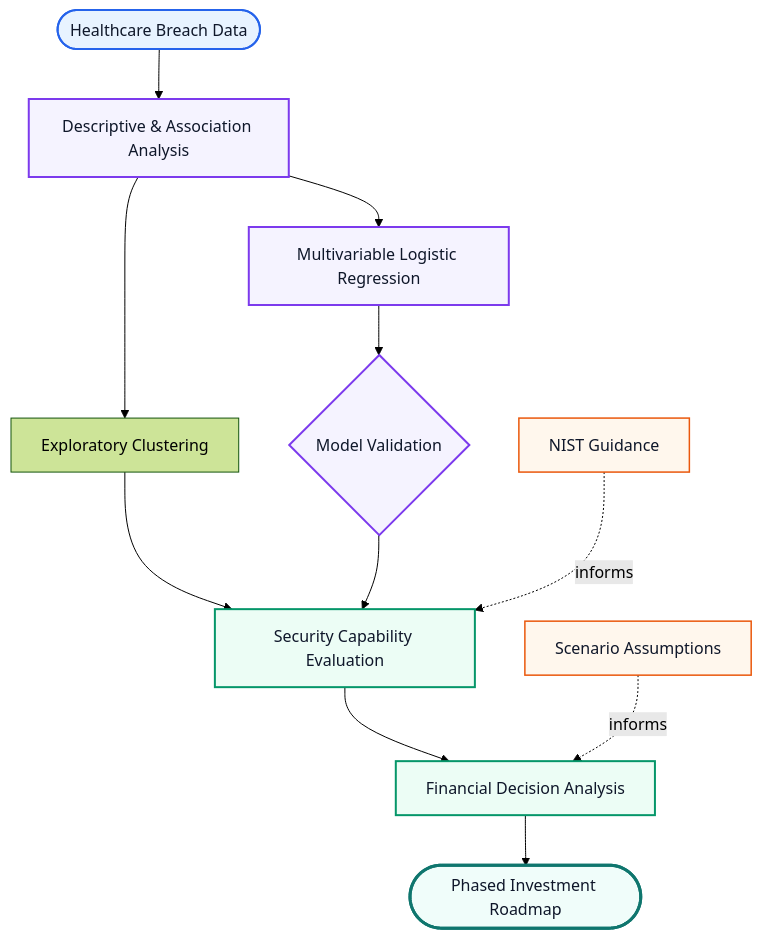
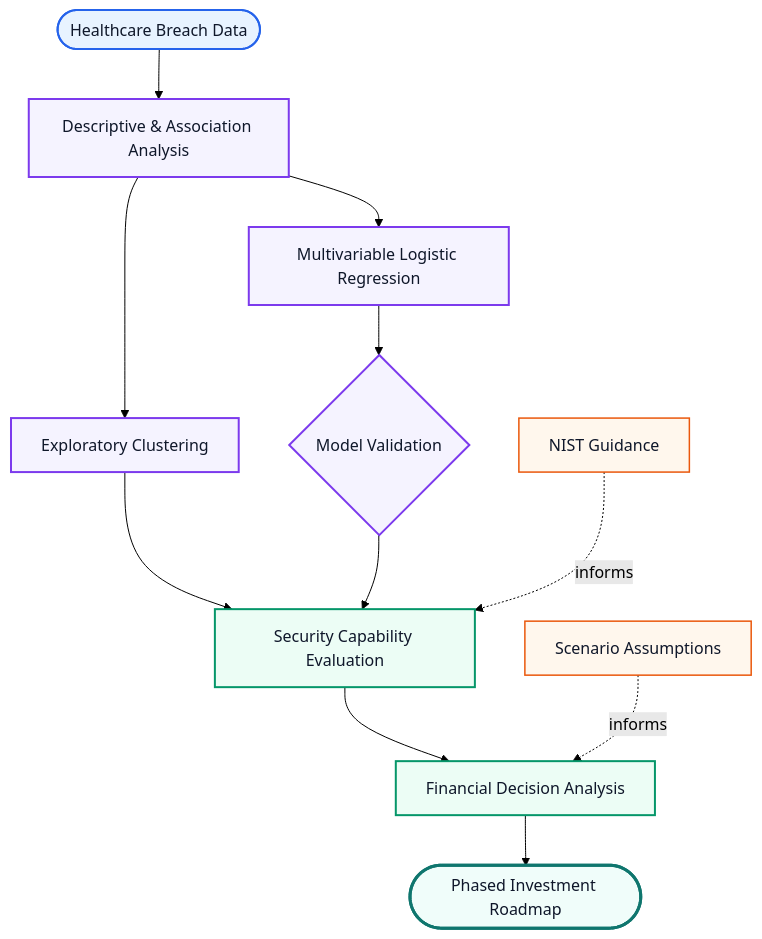
The diagram in README.md (rachelletecharchitect01-star/security-architecture-capstone), drawn with Mermaid (forest theme) before and after one commit.

Commit message:
Style clustering step in analysis workflow

````diff
--- a/README.md
+++ b/README.md
@@ -31,26 +31,26 @@
 ```mermaid
 flowchart TB
     A([Healthcare Breach Data]) --> B[Descriptive & Association Analysis]
     B --> X[Exploratory Clustering]
     B --> C[Multivariable Logistic Regression]
     X --> E
     C --> D{Model Validation}
     D --> E[Security Capability Evaluation]
     E --> F[Financial Decision Analysis]
     F --> G([Phased Investment Roadmap])
 
     N[NIST Guidance] -. informs .-> E
     S[Scenario Assumptions] -. informs .-> F
 
     classDef source fill:#E8F3FF,stroke:#2563EB,stroke-width:2px,color:#0F172A;
     classDef analysis fill:#F5F3FF,stroke:#7C3AED,stroke-width:2px,color:#0F172A;
     classDef decision fill:#ECFDF5,stroke:#059669,stroke-width:2px,color:#0F172A;
     classDef support fill:#FFF7ED,stroke:#EA580C,stroke-width:1.5px,color:#0F172A;
     classDef outcome fill:#F0FDFA,stroke:#0F766E,stroke-width:3px,color:#0F172A;
 
     class A source;
-    class B,C,D analysis;
+    class B,C,D,X analysis;
     class E,F decision;
     class N,S support;
     class G outcome;
 ```
````
